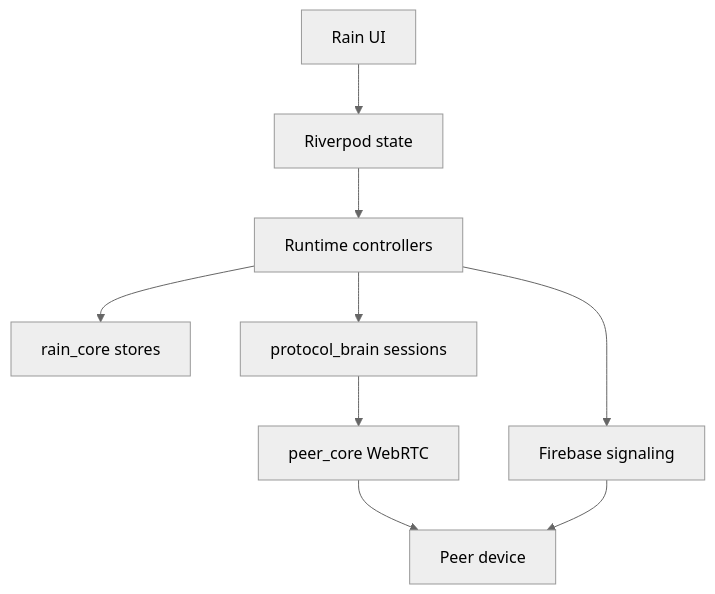
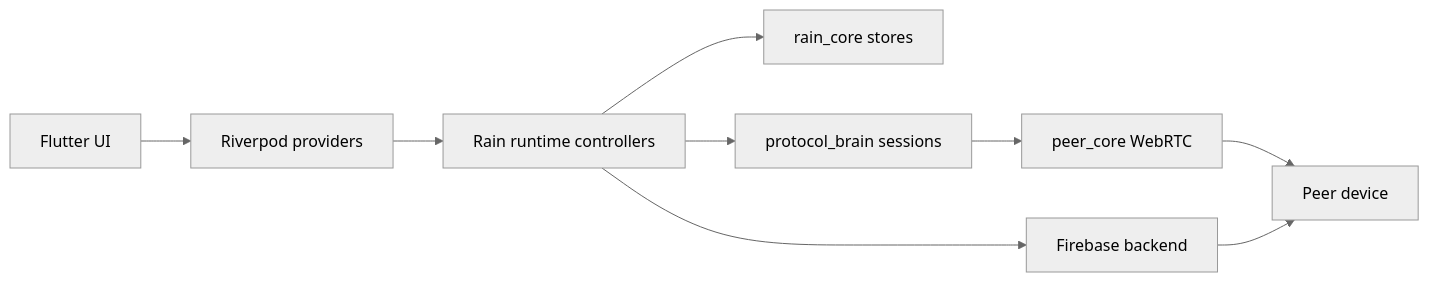
Before and after one commit to EslamNabawy/Rain: the diagram in README.md, drawn with Mermaid (neutral theme). The commit also changed other lines of this file, not shown here.

Commit message:
docs: improve Rain README

````diff
--- a/README.md
+++ b/README.md
@@ -69,11 +90,11 @@
 ```mermaid
-flowchart TD
-  A["Rain UI"] --> B["Riverpod state"]
-  B --> C["Runtime controllers"]
-  C --> D["rain_core stores"]
-  C --> E["protocol_brain sessions"]
-  E --> F["peer_core WebRTC"]
-  C --> G["Firebase signaling"]
-  F --> H["Peer device"]
-  G --> H
+flowchart LR
+  UI["Flutter UI"] --> State["Riverpod providers"]
+  State --> Runtime["Rain runtime controllers"]
+  Runtime --> Core["rain_core stores"]
+  Runtime --> Brain["protocol_brain sessions"]
+  Brain --> Peer["peer_core WebRTC"]
+  Runtime --> Firebase["Firebase backend"]
+  Peer --> Device["Peer device"]
+  Firebase --> Device
 ```
````
